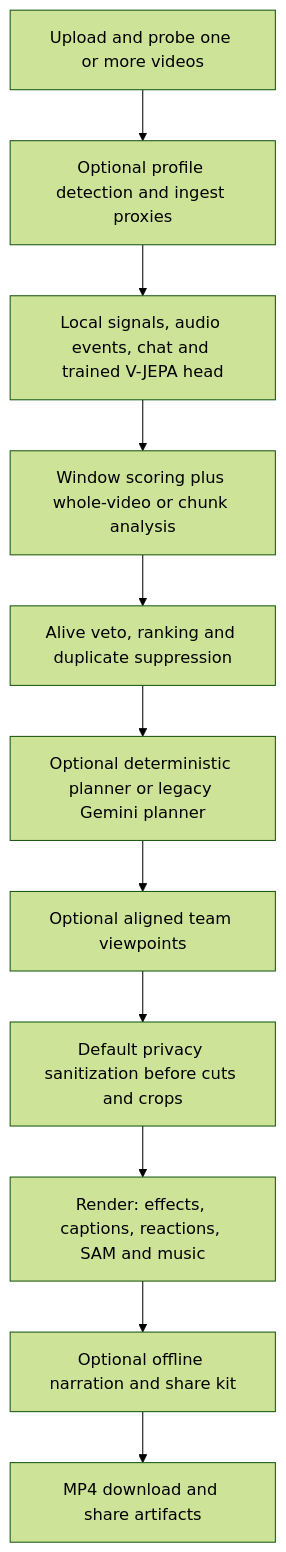
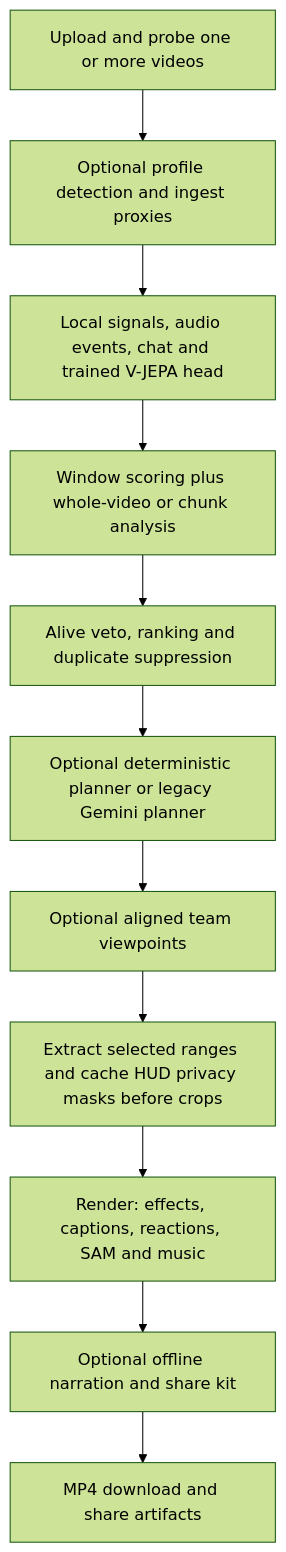
Before and after one commit to irajmoradi/hacklanta_2026_LIM: the diagram in docs/pipeline.md, drawn with Mermaid (forest theme). The commit also changed other lines of this file and 11 other files, not shown here.

````diff
--- a/docs/pipeline.md
+++ b/docs/pipeline.md
@@ -7,13 +7,13 @@
 ```mermaid
 flowchart TD
   A[Upload and probe one or more videos] --> B[Optional profile detection and ingest proxies]
   B --> C[Local signals, audio events, chat and trained V-JEPA head]
   C --> D[Window scoring plus whole-video or chunk analysis]
   D --> E[Alive veto, ranking and duplicate suppression]
   E --> F[Optional deterministic planner or legacy Gemini planner]
   F --> G[Optional aligned team viewpoints]
-  G --> H[Default privacy sanitization before cuts and crops]
+  G --> H[Extract selected ranges and cache HUD privacy masks before crops]
   H --> I[Render: effects, captions, reactions, SAM and music]
   I --> J[Optional offline narration and share kit]
   J --> K[MP4 download and share artifacts]
 ```
````
